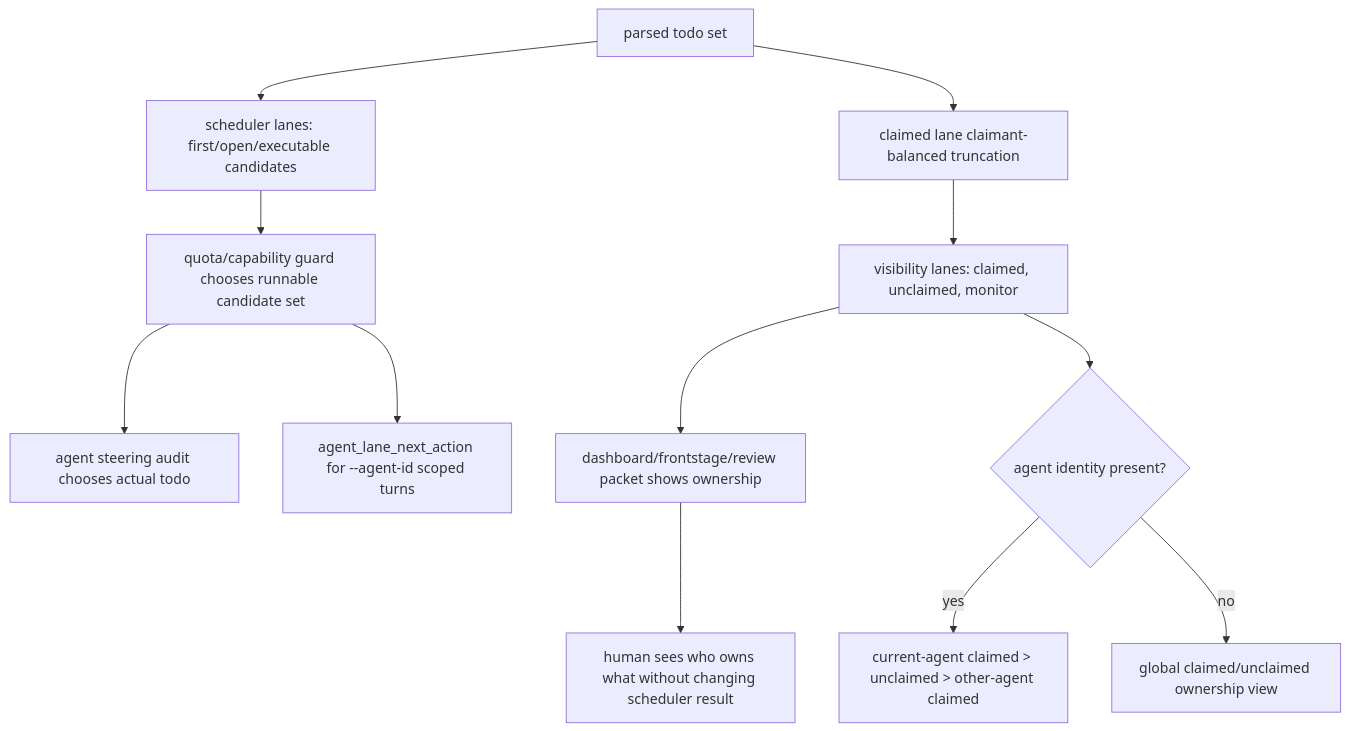
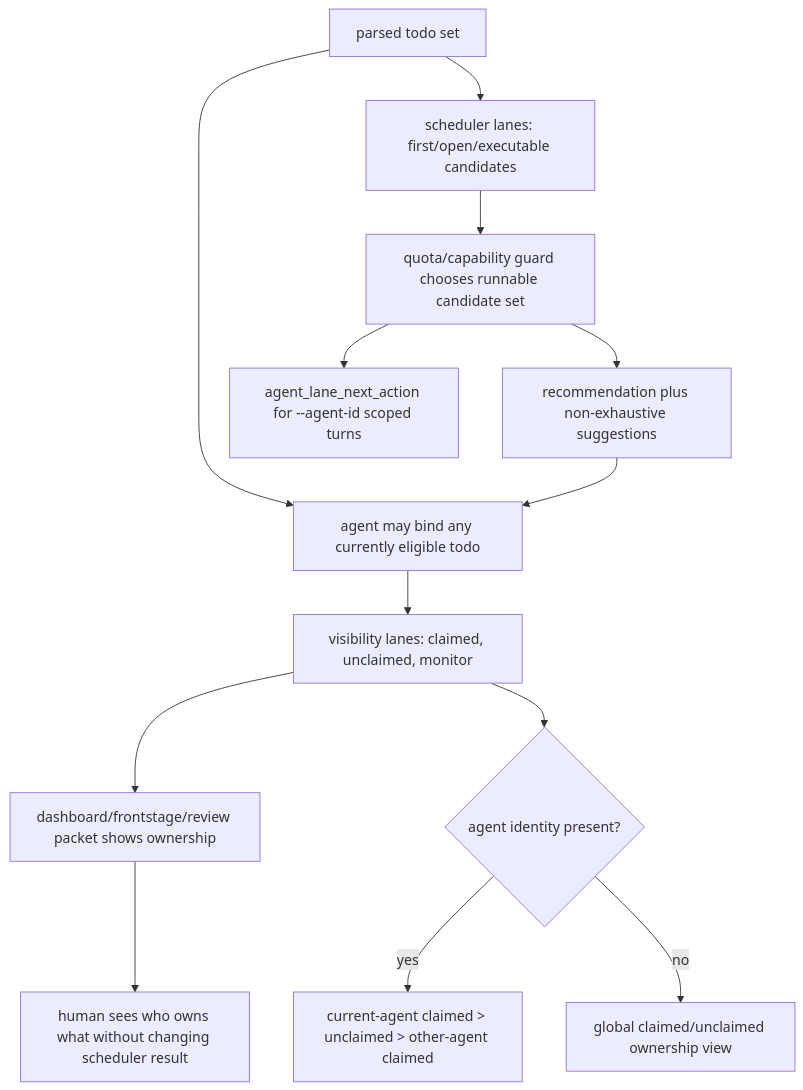
Diagram 22 of 31 in docs/concepts/interaction-pattern-catalog.md (Alicecooo/loopx), drawn with Mermaid before and after one commit. The commit also changed other lines of this file and 42 other files, not shown here.

````diff
--- a/docs/concepts/interaction-pattern-catalog.md
+++ b/docs/concepts/interaction-pattern-catalog.md
@@ -1715,14 +1719,15 @@
 ```mermaid
 flowchart TD
   T["parsed todo set"] --> S["scheduler lanes: first/open/executable candidates"]
   T --> B["claimed lane claimant-balanced truncation"]
   B --> V["visibility lanes: claimed, unclaimed, monitor"]
   S --> Q["quota/capability guard chooses runnable candidate set"]
-  Q --> A["agent steering audit chooses actual todo"]
+  Q --> A["recommendation plus non-exhaustive suggestions"]
+  A --> B["agent may bind any currently eligible todo"]
   Q --> N["agent_lane_next_action for --agent-id scoped turns"]
   V --> F["dashboard/frontstage/review packet shows ownership"]
   V --> C{"agent identity present?"}
   C -->|"yes"| M["current-agent claimed > unclaimed > other-agent claimed"]
   C -->|"no"| G["global claimed/unclaimed ownership view"]
   F --> H["human sees who owns what without changing scheduler result"]
 ```
````
